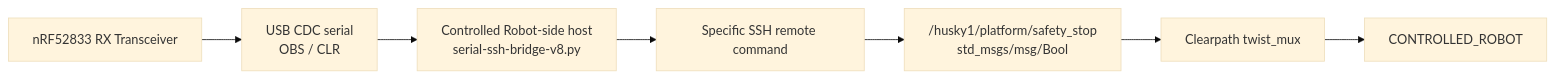
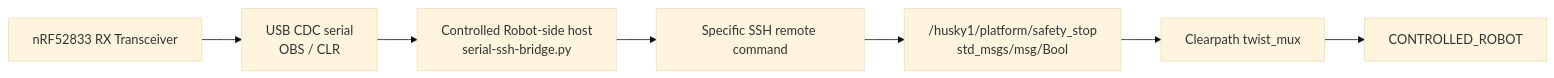
One commit to kirolossedra/RIS-Robotics changed the first of 2 diagrams in robotics/serial/explanation.md. Above: the diagram before and after it, drawn with Mermaid (base theme). The commit also changed other lines of this file and 1 other file, not shown here.

Commit message:
Document canonical serial bridge history

````diff
--- a/robotics/serial/explanation.md
+++ b/robotics/serial/explanation.md
@@ -85,12 +97,12 @@
 ```mermaid
 flowchart LR
     RX["nRF52833 RX Transceiver"]
     SERIAL["USB CDC serial\nOBS / CLR"]
-    HOST["Controlled Robot-side host\nserial-ssh-bridge-v8.py"]
+    HOST["Controlled Robot-side host\nserial-ssh-bridge.py"]
     SSH["Specific SSH remote command"]
     ROS["/husky1/platform/safety_stop\nstd_msgs/msg/Bool"]
     MUX["Clearpath twist_mux"]
     BASE["CONTROLLED_ROBOT"]
 
     RX --> SERIAL --> HOST --> SSH --> ROS --> MUX --> BASE
 ```
````
